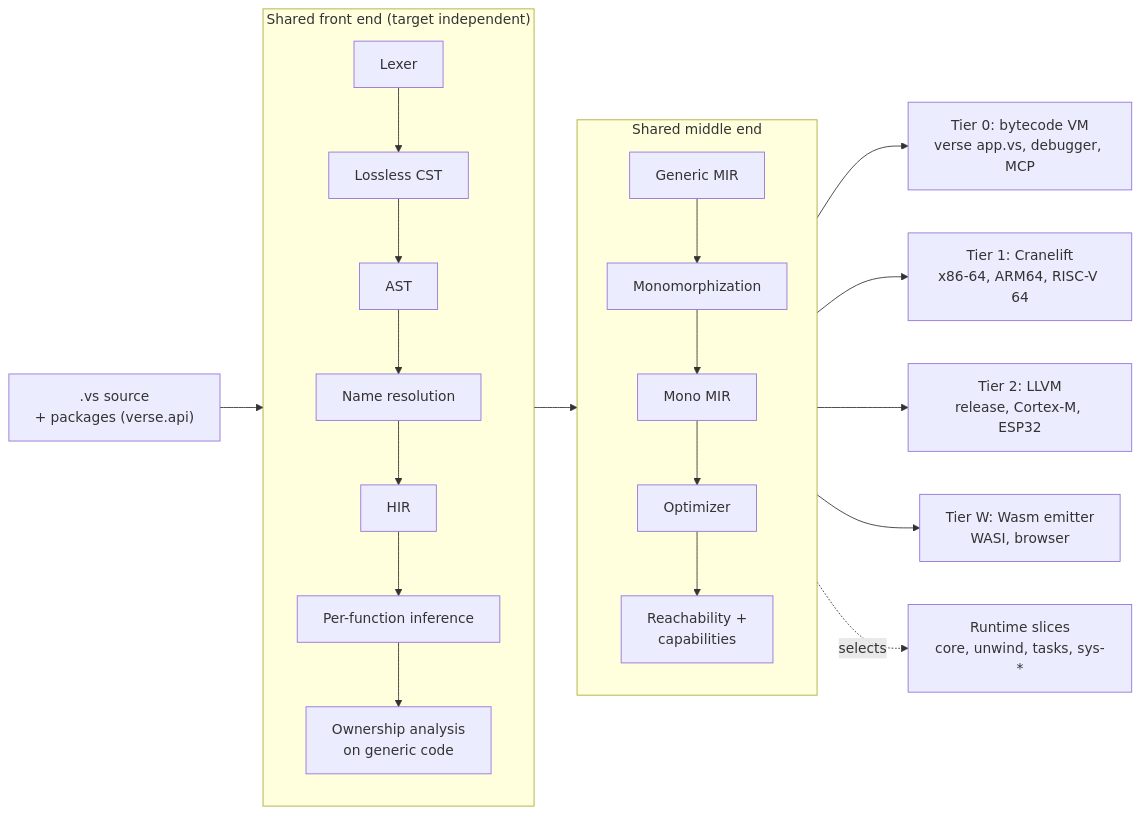
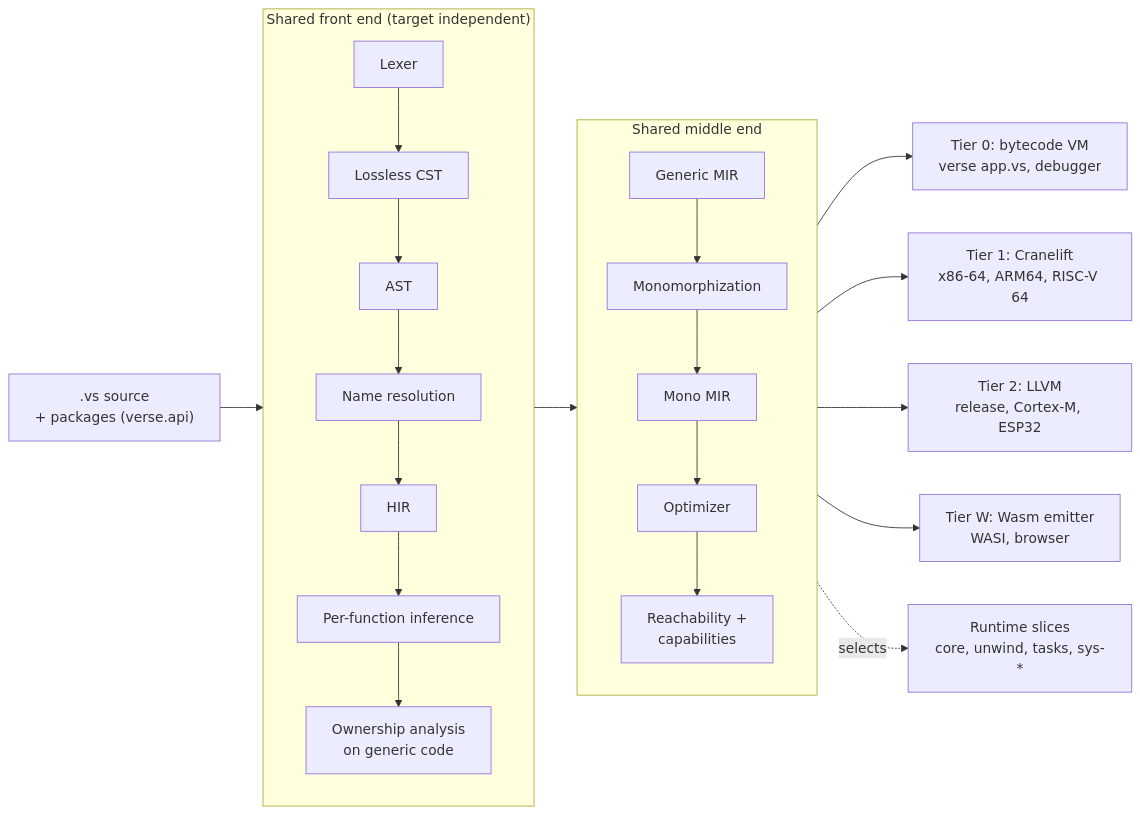
One commit to orafaelfragoso/verse changed the diagram in docs/architecture/overview.md. Above: the diagram before and after it, drawn with Mermaid. The commit also changed other lines of this file and 23 other files, not shown here.

````diff
--- a/docs/architecture/overview.md
+++ b/docs/architecture/overview.md
@@ -34,25 +34,25 @@
 ```mermaid
 flowchart LR
     SRC[".vs source<br/>+ packages (verse.api)"] --> FE
 
     subgraph FE["Shared front end (target independent)"]
         direction TB
         LEX["Lexer"] --> CST["Lossless CST"] --> AST["AST"]
         AST --> RES["Name resolution"] --> HIR["HIR"]
         HIR --> INF["Per-function inference"] --> OWN["Ownership analysis<br/>on generic code"]
     end
 
     FE --> ME
 
     subgraph ME["Shared middle end"]
         direction TB
         GMIR["Generic MIR"] --> MONO["Monomorphization"] --> MMIR["Mono MIR"]
         MMIR --> OPT["Optimizer"] --> REACH["Reachability +<br/>capabilities"]
     end
 
-    REACH --> T0["Tier 0: bytecode VM<br/>verse app.vs, debugger, MCP"]
+    REACH --> T0["Tier 0: bytecode VM<br/>verse app.vs, debugger"]
     REACH --> T1["Tier 1: Cranelift<br/>x86-64, ARM64, RISC-V 64"]
     REACH --> T2["Tier 2: LLVM<br/>release, Cortex-M, ESP32"]
     REACH --> TW["Tier W: Wasm emitter<br/>WASI, browser"]
     REACH -. selects .-> RT["Runtime slices<br/>core, unwind, tasks, sys-*"]
 ```
````
